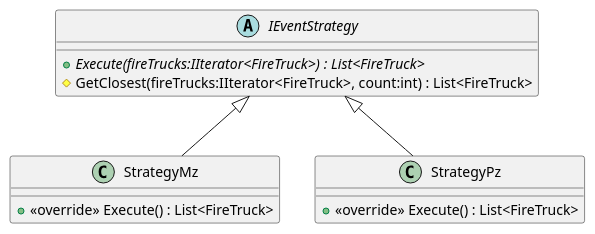
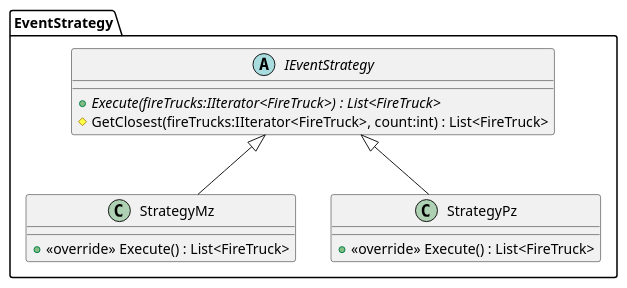
Before and after one commit to john-bartu/cut-oot: the diagram in TO_Lab_5/puml-classes/EmergencyPredictionStrategy.puml, drawn with PlantUML. The commit also changed 10 other files, not shown here.

Commit message:
Another better uml

```diff
--- a/TO_Lab_5/puml-classes/EmergencyPredictionStrategy.puml
+++ b/TO_Lab_5/puml-classes/EmergencyPredictionStrategy.puml
@@ -1,14 +1,17 @@
 @startuml
+
+package EventStrategy{
 abstract class IEventStrategy {
     + {abstract} Execute(fireTrucks:IIterator<FireTruck>) : List<FireTruck>
     # GetClosest(fireTrucks:IIterator<FireTruck>, count:int) : List<FireTruck>
 }
 class StrategyMz {
     + <<override>> Execute() : List<FireTruck>
 }
 class StrategyPz {
     + <<override>> Execute() : List<FireTruck>
 }
 IEventStrategy <|-- StrategyMz
 IEventStrategy <|-- StrategyPz
+}
 @enduml
```
